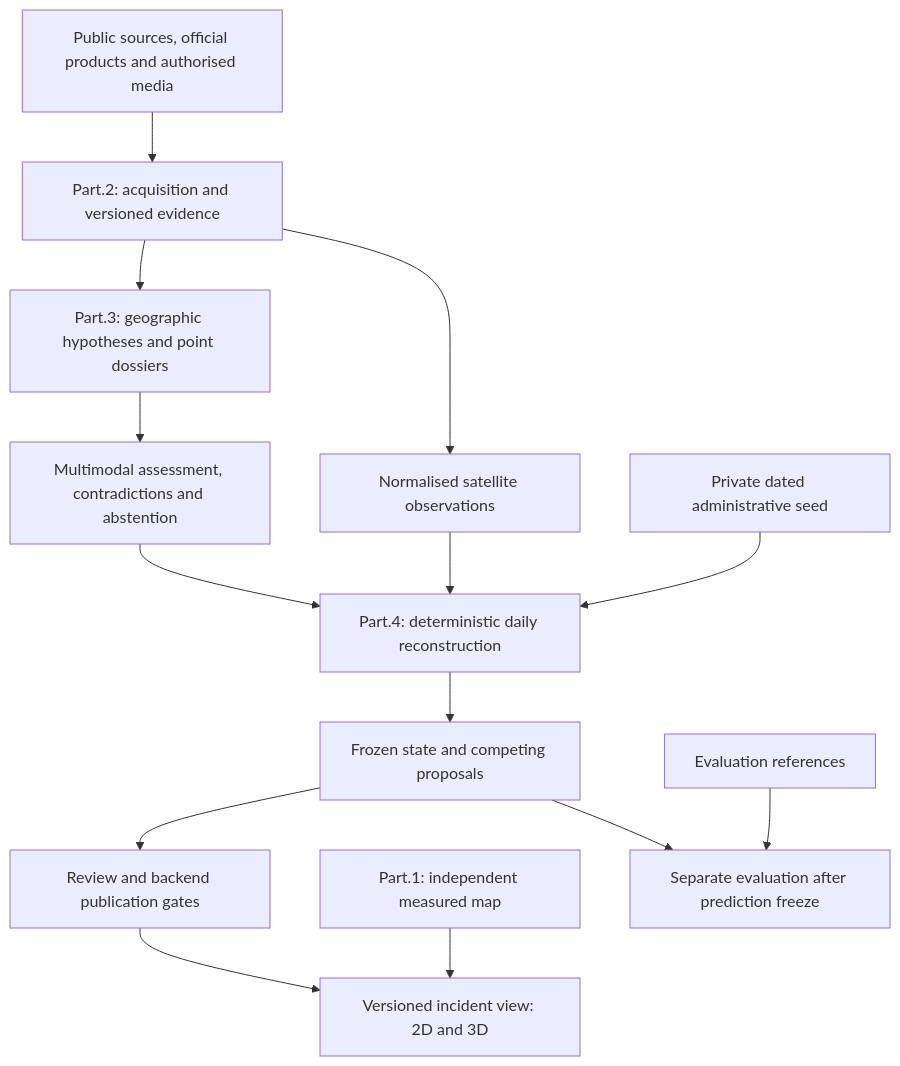
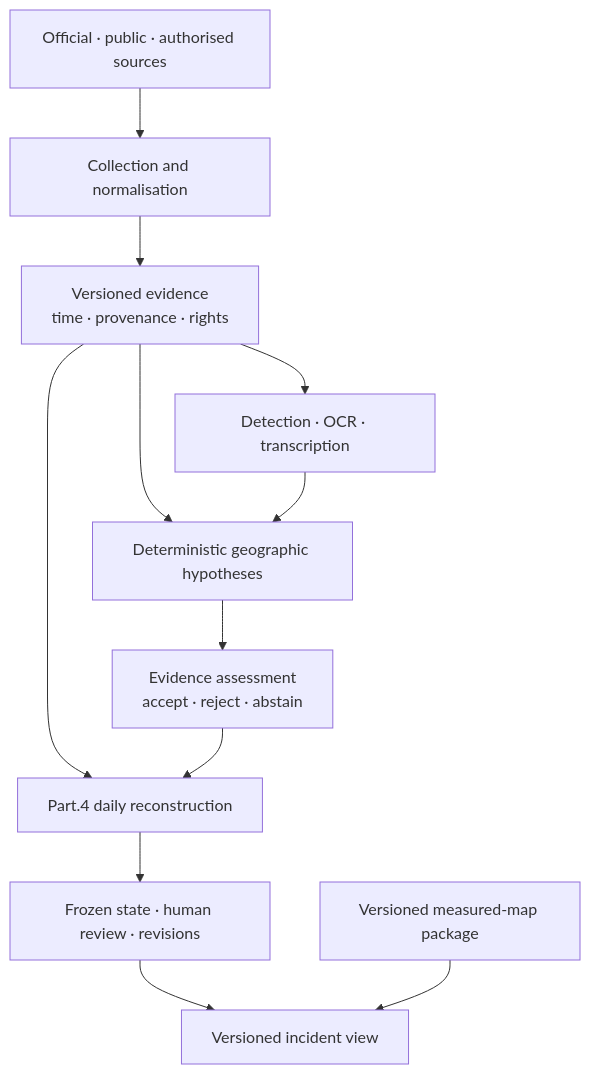
The diagram in README.md (fireviewer/Fireviewer_doc), drawn with Mermaid before and after one commit. The commit also changed other lines of this file, not shown here.

Commit message:
Remove stale association and personal contact references

````diff
--- a/README.md
+++ b/README.md
@@ -46,16 +31,14 @@
 ```mermaid
-flowchart TD
-    sources["Public sources, official products and authorised media"] --> evidence["Part.2: acquisition and versioned evidence"]
-    evidence --> geography["Part.3: geographic hypotheses and point dossiers"]
-    geography --> assessment["Multimodal assessment, contradictions and abstention"]
-    evidence --> satellite["Normalised satellite observations"]
-    assessment --> fusion["Part.4: deterministic daily reconstruction"]
-    satellite --> fusion
-    seed["Private dated administrative seed"] --> fusion
-    fusion --> frozen["Frozen state and competing proposals"]
-    frozen --> review["Review and backend publication gates"]
-    review --> viewer["Versioned incident view: 2D and 3D"]
-    maps["Part.1: independent measured map"] --> viewer
-    frozen --> evaluation["Separate evaluation after prediction freeze"]
-    references["Evaluation references"] --> evaluation
+flowchart TB
+    SOURCES["Official · public · authorised sources"] --> INGEST["Collection and normalisation"]
+    INGEST --> EVIDENCE["Versioned evidence<br/>time · provenance · rights"]
+    EVIDENCE --> VISION["Detection · OCR · transcription"]
+    EVIDENCE --> GEO["Deterministic geographic hypotheses"]
+    VISION --> GEO
+    GEO --> SUPERVISOR["Evidence assessment<br/>accept · reject · abstain"]
+    EVIDENCE --> FIRESTATE["Part.4 daily reconstruction"]
+    SUPERVISOR --> FIRESTATE
+    FIRESTATE --> REVIEW["Frozen state · human review · revisions"]
+    REVIEW --> VIEW["Versioned incident view"]
+    MAP["Versioned measured-map package"] --> VIEW
 ```
````
